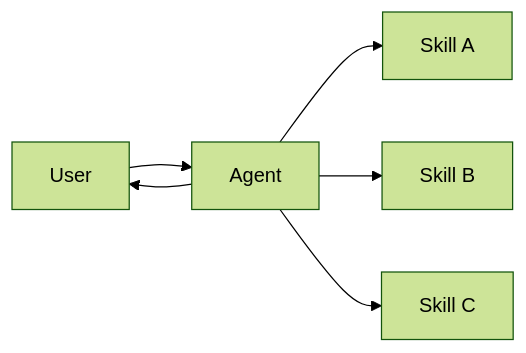
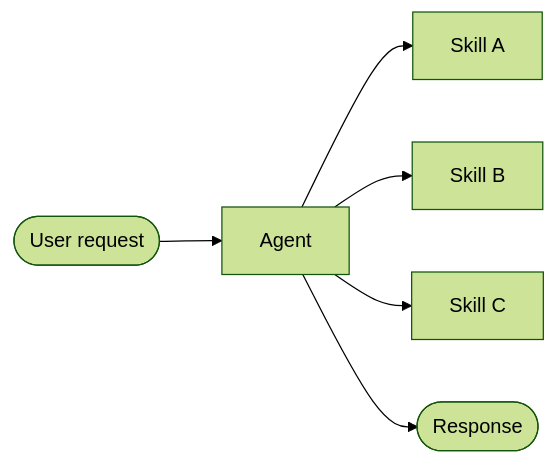
One commit to langchain-ai/docs changed the third of 12 diagrams in src/oss/langchain/multi-agent/index.mdx. Above: the diagram before and after it, drawn with Mermaid (forest theme). The commit also changed other lines of this file, not shown here.

````diff
--- a/src/oss/langchain/multi-agent/index.mdx
+++ b/src/oss/langchain/multi-agent/index.mdx
@@ -93,8 +99,8 @@
     ```mermaid
     graph LR
-        A[User] --> B[Agent]
-        B --> C[Skill A]
-        B --> D[Skill B]
-        B --> E[Skill C]
-        B --> A
+        U([User request]) --> A[Agent]
+        A --> S1[Skill A]
+        A --> S2[Skill B]
+        A --> S3[Skill C]
+        A --> R([Response])
     ```
````
